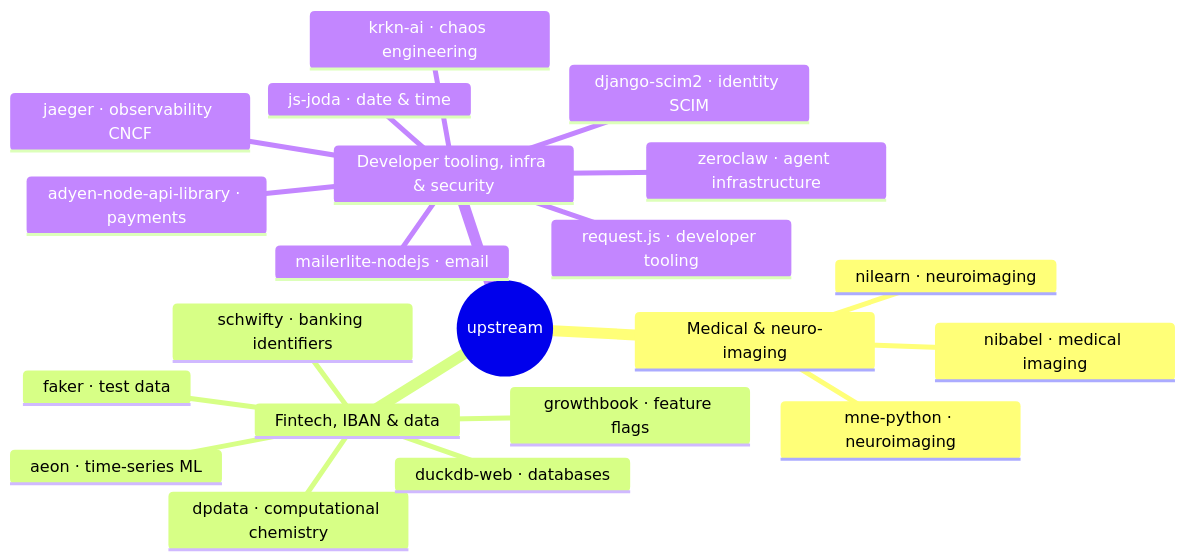
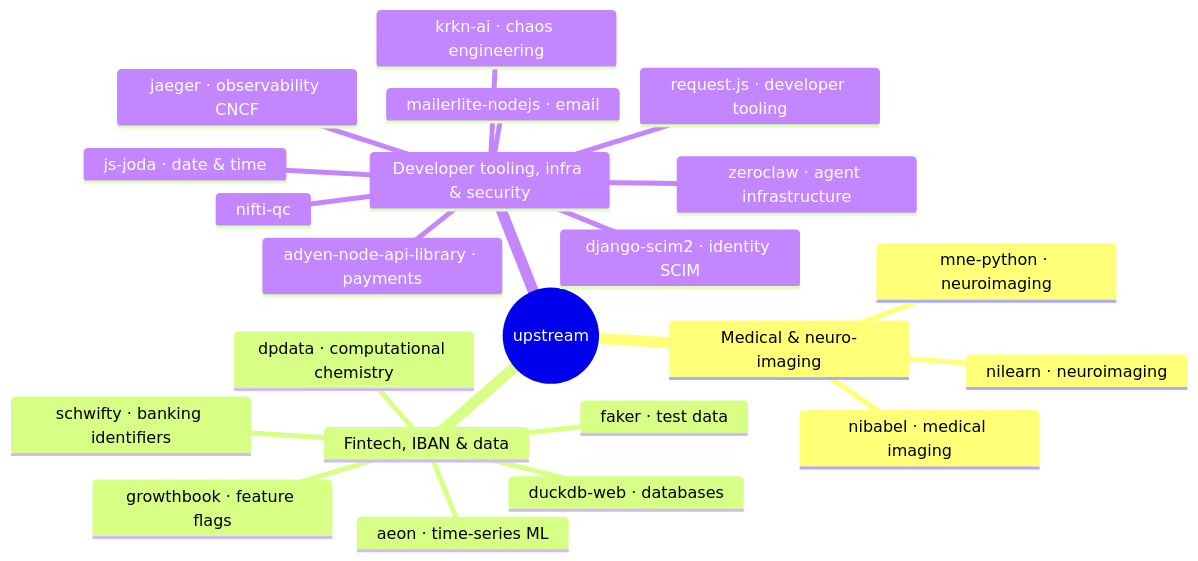
The diagram in README.md (CedricConday/CedricConday), drawn with Mermaid before and after one commit. The commit also changed other lines of this file and 1 other file, not shown here.

Commit message:
chore: rebuild profile record

````diff
--- a/README.md
+++ b/README.md
@@ -29,24 +29,25 @@
 ```mermaid
 mindmap
   root((upstream))
     Medical & neuro-imaging
       mne-python · neuroimaging
       nibabel · medical imaging
       nilearn · neuroimaging
     Fintech, IBAN & data
       faker · test data
       schwifty · banking identifiers
       aeon · time-series ML
       dpdata · computational chemistry
       growthbook · feature flags
       duckdb-web · databases
     Developer tooling, infra & security
       zeroclaw · agent infrastructure
       jaeger · observability CNCF
       request.js · developer tooling
       js-joda · date & time
       krkn-ai · chaos engineering
       adyen-node-api-library · payments
       django-scim2 · identity SCIM
       mailerlite-nodejs · email
+      nifti-qc
 ```
````
